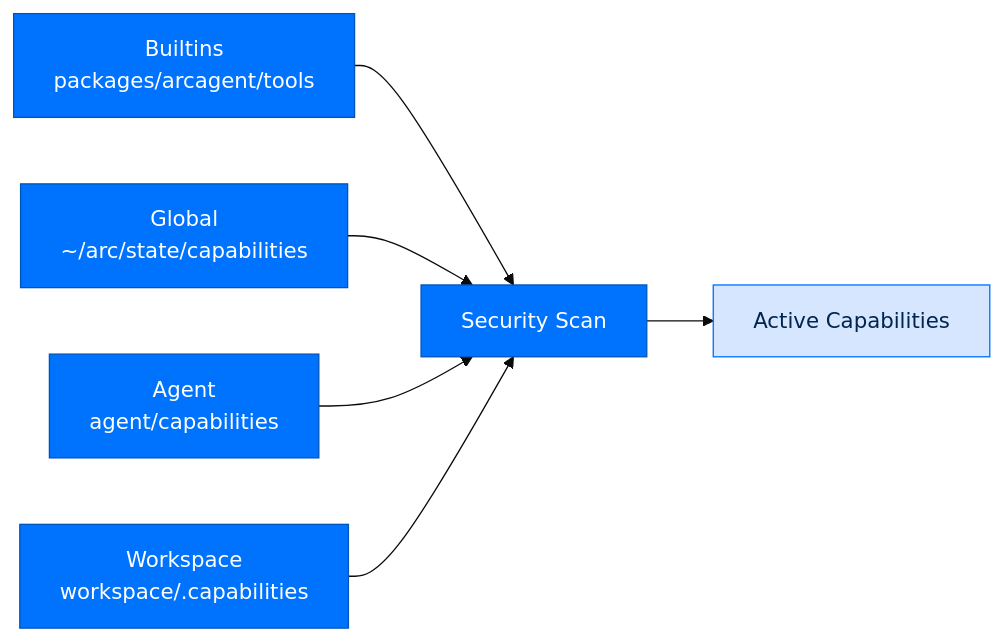
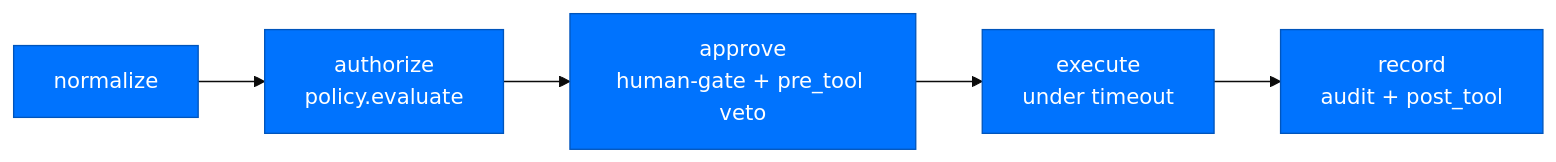
Before and after one commit to joshuamschultz/Arc: the fourth of 5 diagrams in docs/building/packages/arcagent.md, drawn with Mermaid (base theme). The commit also changed other lines of this file and 7 other files, not shown here.

````diff
--- a/docs/building/packages/arcagent.md
+++ b/docs/building/packages/arcagent.md
@@ -115,11 +304,5 @@
 ```mermaid
 flowchart LR
-    classDef source fill:#0073FE,stroke:#0055BC,color:#FFFFFF
-    classDef result fill:#D6E6FF,stroke:#0073FE,color:#002550
-
-    Builtins[Builtins<br/>packages/arcagent/tools]:::source --> Scan[Security Scan]:::source
-    Global[Global<br/>~/arc/state/capabilities]:::source --> Scan
-    Agent[Agent<br/>agent/capabilities]:::source --> Scan
-    Workspace[Workspace<br/>workspace/.capabilities]:::source --> Scan
-    Scan --> Active[Active Capabilities]:::result
+    classDef s fill:#0073FE,stroke:#0055BC,color:#FFFFFF
+    N[normalize]:::s --> A[authorize<br/>policy.evaluate]:::s --> AP[approve<br/>human-gate + pre_tool veto]:::s --> E[execute<br/>under timeout]:::s --> R[record<br/>audit + post_tool]:::s
 ```
````
